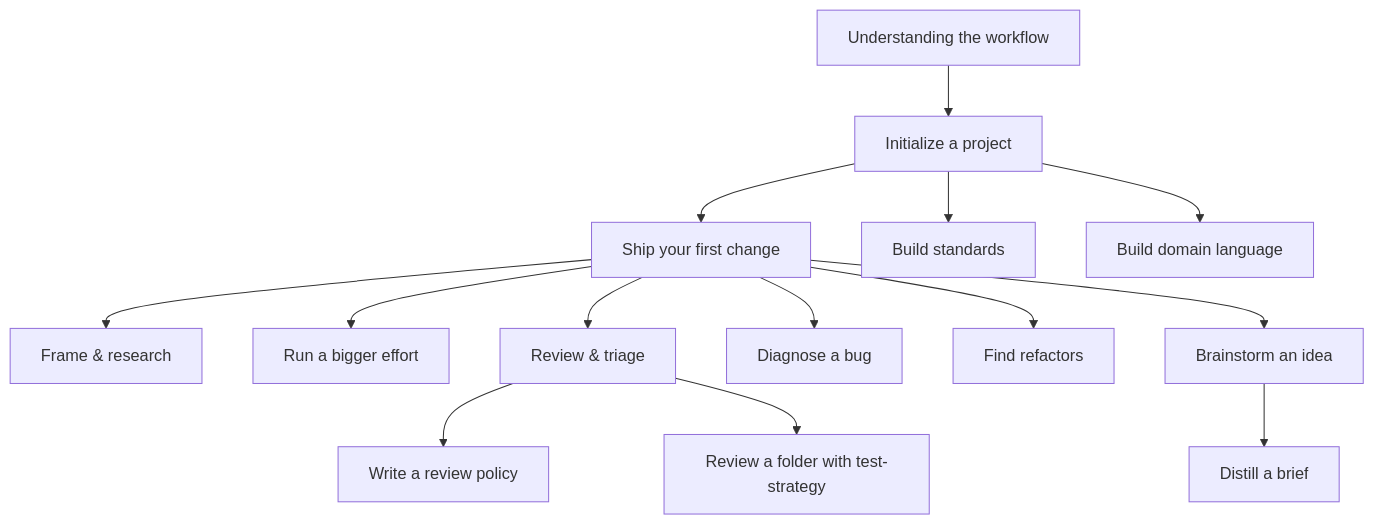
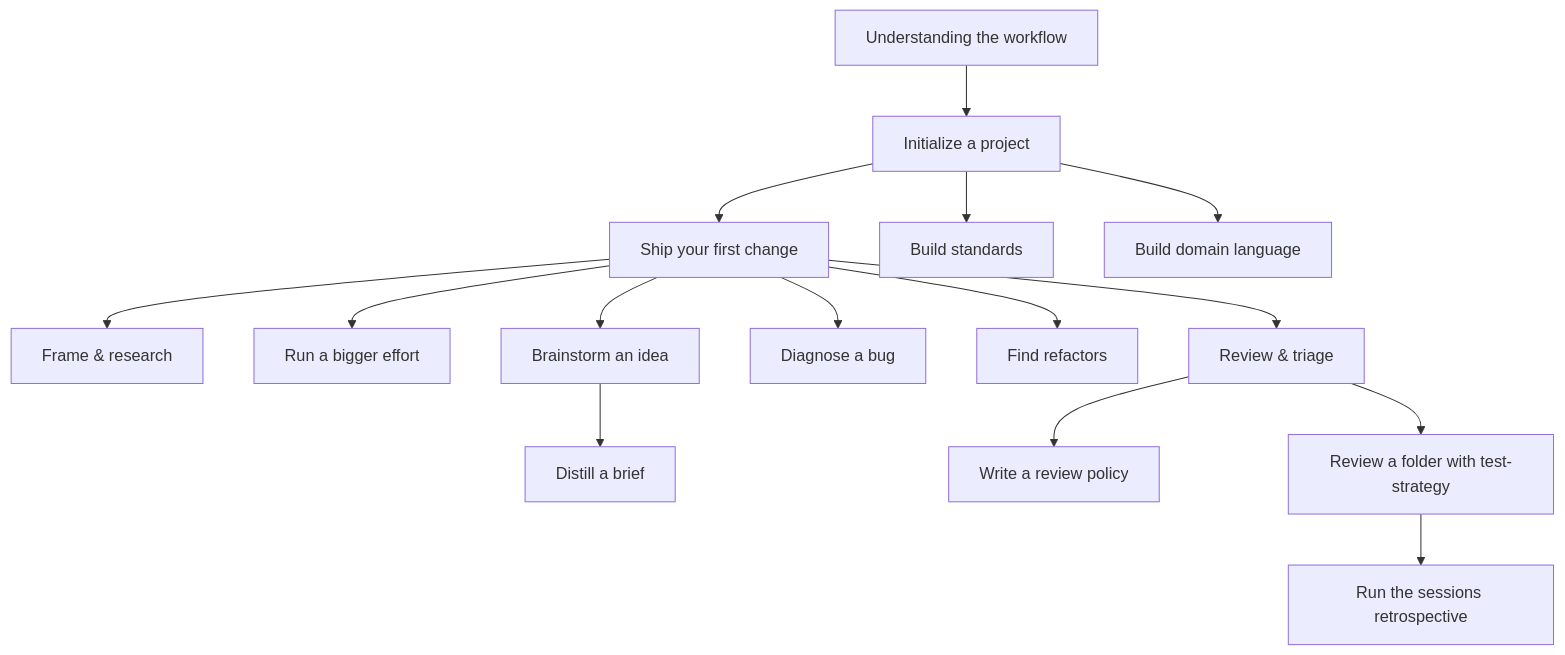
Before and after one commit to dikamilo/dx-workflow: the diagram in docs/README.md, drawn with Mermaid. The commit also changed other lines of this file and 10 other files, not shown here.

````diff
--- a/docs/README.md
+++ b/docs/README.md
@@ -16,16 +16,17 @@
 ```mermaid
 flowchart TD
     A[Understanding the workflow] --> B[Initialize a project]
     B --> C[Ship your first change]
     C --> D[Frame & research]
     C --> E[Run a bigger effort]
     C --> F[Review & triage]
     B --> G[Build standards]
     B --> H[Build domain language]
     C --> I[Diagnose a bug]
     C --> J[Find refactors]
     C --> K[Brainstorm an idea]
     K --> L[Distill a brief]
     F --> M[Write a review policy]
     F --> N[Review a folder with test-strategy]
+    N --> O[Run the sessions retrospective]
 ```
````
